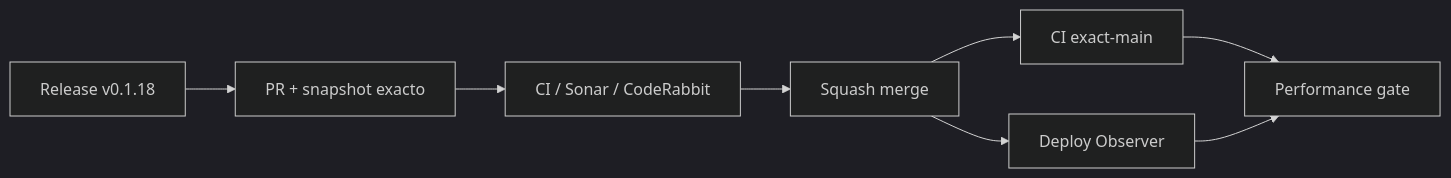
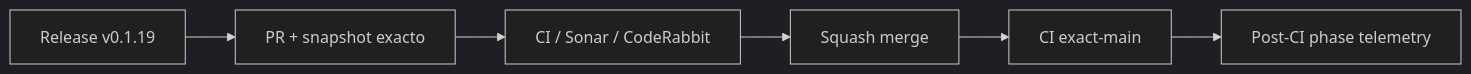
One commit to pl0n3r/brvtal changed the diagram in README.md. Above: the diagram before and after it, drawn with Mermaid (dark theme). The commit also changed other lines of this file and 7 other files, not shown here.

````diff
--- a/README.md
+++ b/README.md
@@ -47,10 +47,8 @@
 ```mermaid
 flowchart LR
- A["Release v0.1.18"] --> P["PR + snapshot exacto"]
+ A["Release v0.1.19"] --> P["PR + snapshot exacto"]
  P --> Q["CI / Sonar / CodeRabbit"]
  Q --> M["Squash merge"]
  M --> X["CI exact-main"]
- M --> O["Deploy Observer"]
- X --> R["Performance gate"]
- O --> R
+ X --> T["Post-CI phase telemetry"]
 ```
````
